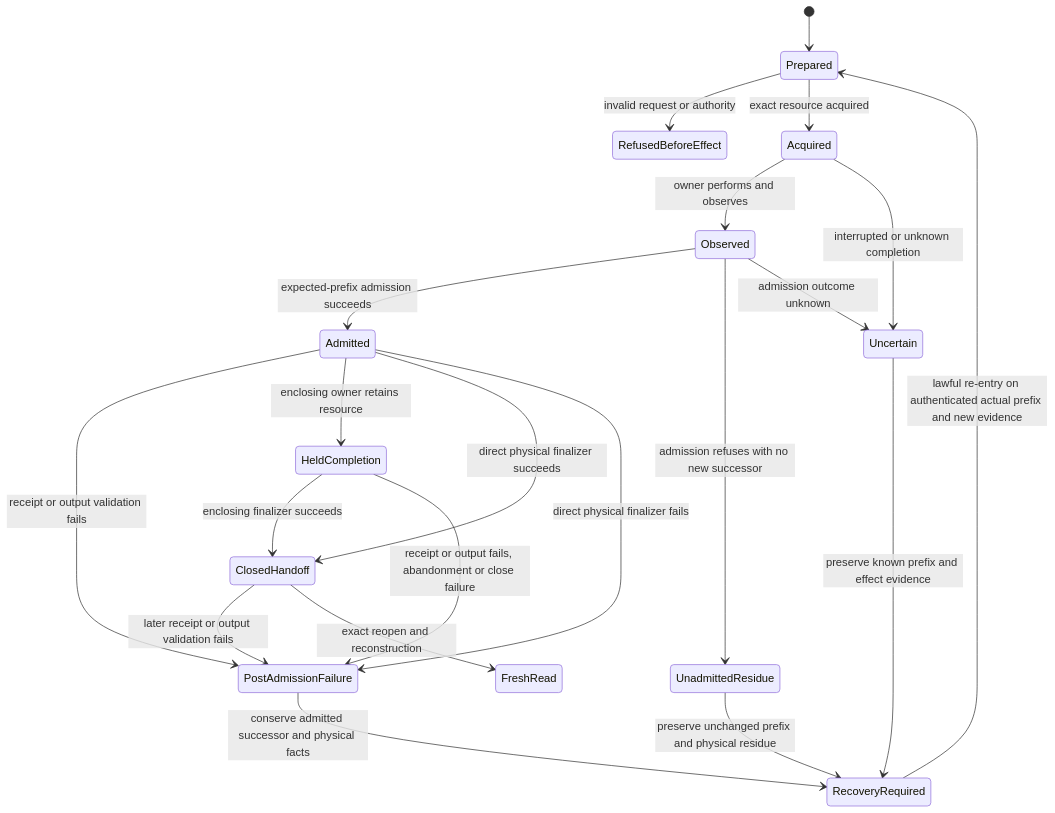
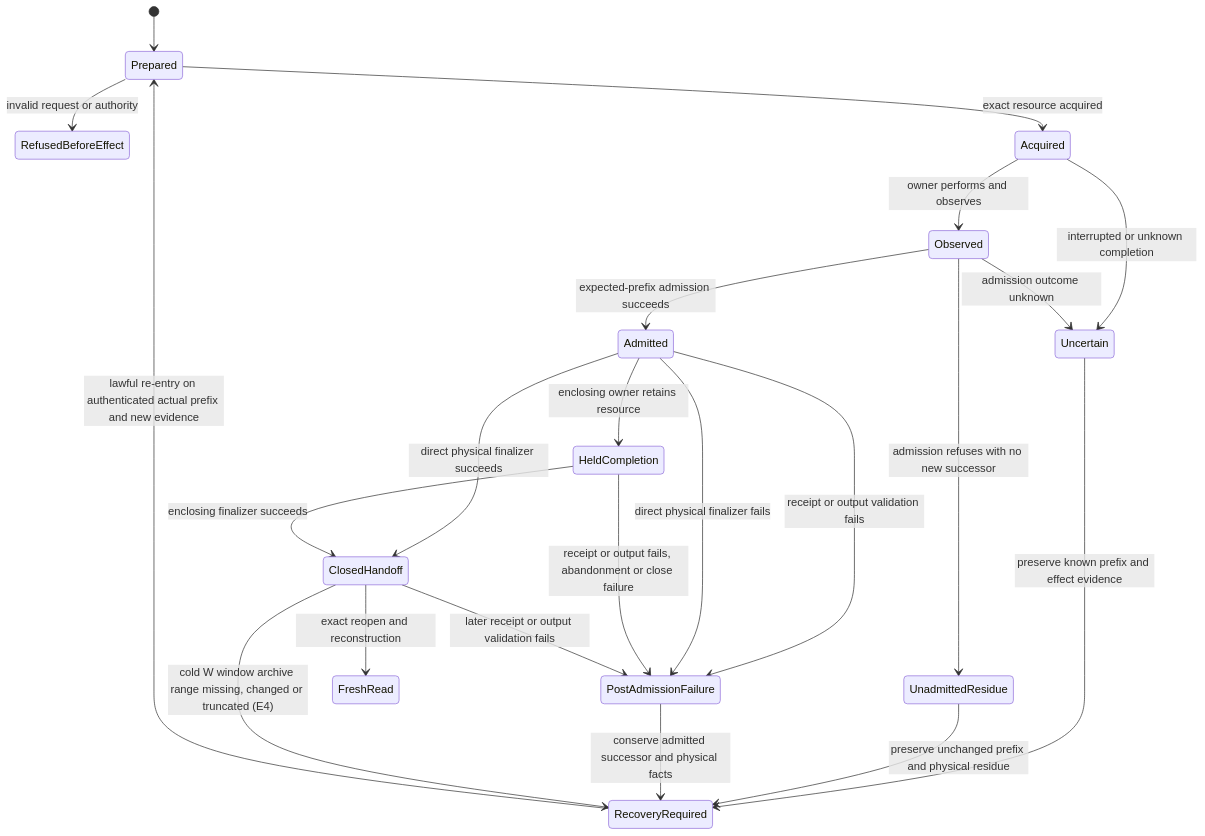
The sixth of 6 diagrams in build_tenants/abiogenesis/typescript/design/ABI5_COMMON_COMPUTATIONAL_CAPABILITY_LIBRARY_DESIGN.md (foolishimp/abiogenesis), drawn with Mermaid before and after one commit. The commit also changed other lines of this file and 85 other files, not shown here.

````diff
--- a/build_tenants/abiogenesis/typescript/design/ABI5_COMMON_COMPUTATIONAL_CAPABILITY_LIBRARY_DESIGN.md
+++ b/build_tenants/abiogenesis/typescript/design/ABI5_COMMON_COMPUTATIONAL_CAPABILITY_LIBRARY_DESIGN.md
@@ -755,23 +987,24 @@
 ```mermaid
 stateDiagram-v2
   [*] --> Prepared
   Prepared --> RefusedBeforeEffect: invalid request or authority
   Prepared --> Acquired: exact resource acquired
   Acquired --> Observed: owner performs and observes
   Acquired --> Uncertain: interrupted or unknown completion
   Observed --> Admitted: expected-prefix admission succeeds
   Observed --> UnadmittedResidue: admission refuses with no new successor
   Observed --> Uncertain: admission outcome unknown
   Uncertain --> RecoveryRequired: preserve known prefix and effect evidence
   UnadmittedResidue --> RecoveryRequired: preserve unchanged prefix and physical residue
   Admitted --> PostAdmissionFailure: receipt or output validation fails
   Admitted --> HeldCompletion: enclosing owner retains resource
   Admitted --> ClosedHandoff: direct physical finalizer succeeds
   Admitted --> PostAdmissionFailure: direct physical finalizer fails
   HeldCompletion --> ClosedHandoff: enclosing finalizer succeeds
   HeldCompletion --> PostAdmissionFailure: receipt or output fails, abandonment or close failure
   ClosedHandoff --> PostAdmissionFailure: later receipt or output validation fails
   PostAdmissionFailure --> RecoveryRequired: conserve admitted successor and physical facts
   ClosedHandoff --> FreshRead: exact reopen and reconstruction
+  ClosedHandoff --> RecoveryRequired: cold W window archive range missing, changed or truncated (E4)
   RecoveryRequired --> Prepared: lawful re-entry on authenticated actual prefix and new evidence
 ```
````
